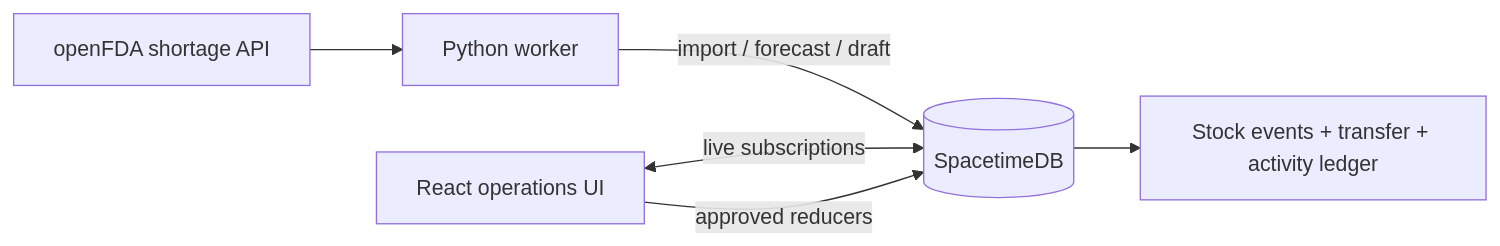
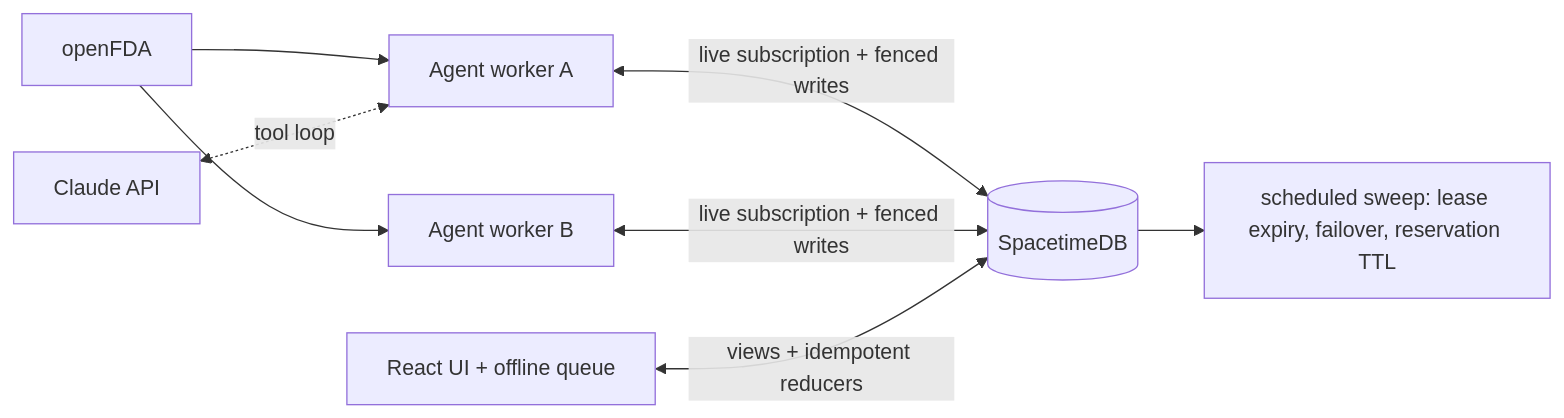
Before and after one commit to FlashKnight3/Argus: the diagram in README.md, drawn with Mermaid. The commit also changed other lines of this file and 87 other files, not shown here.

````diff
--- a/README.md
+++ b/README.md
@@ -41,8 +65,10 @@
 ```mermaid
 flowchart LR
-  FDA[openFDA shortage API] --> W[Python worker]
-  W -- import / forecast / draft --> DB[(SpacetimeDB)]
-  Browser[React operations UI] <-- live subscriptions --> DB
-  Browser -- approved reducers --> DB
-  DB --> Ledger[Stock events + transfer + activity ledger]
+  FDA[openFDA] --> W1[Agent worker A]
+  FDA --> W2[Agent worker B]
+  W1 <-- live subscription + fenced writes --> DB[(SpacetimeDB)]
+  W2 <-- live subscription + fenced writes --> DB
+  C[Claude API] <-. tool loop .-> W1
+  Browser[React UI + offline queue] <-- views + idempotent reducers --> DB
+  DB --> Sweep[scheduled sweep: lease expiry, failover, reservation TTL]
 ```
````
